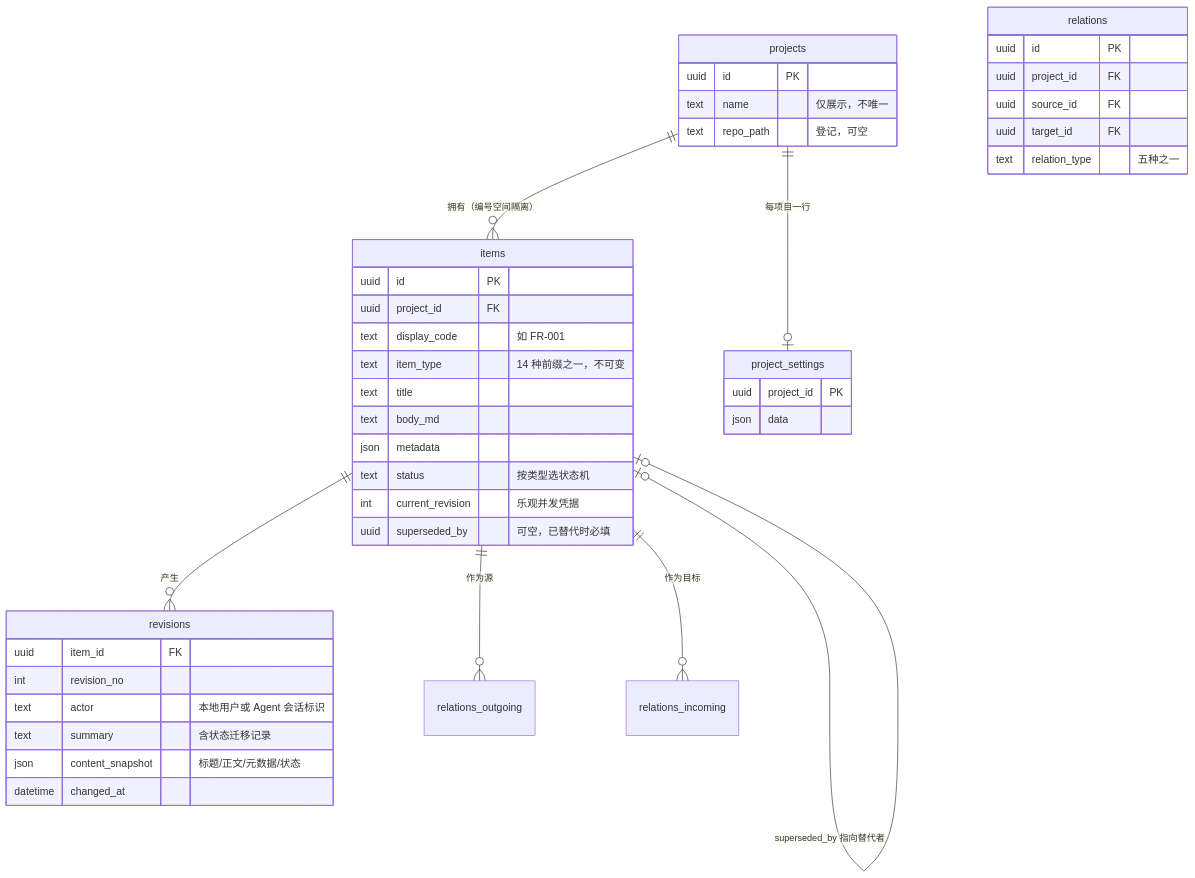
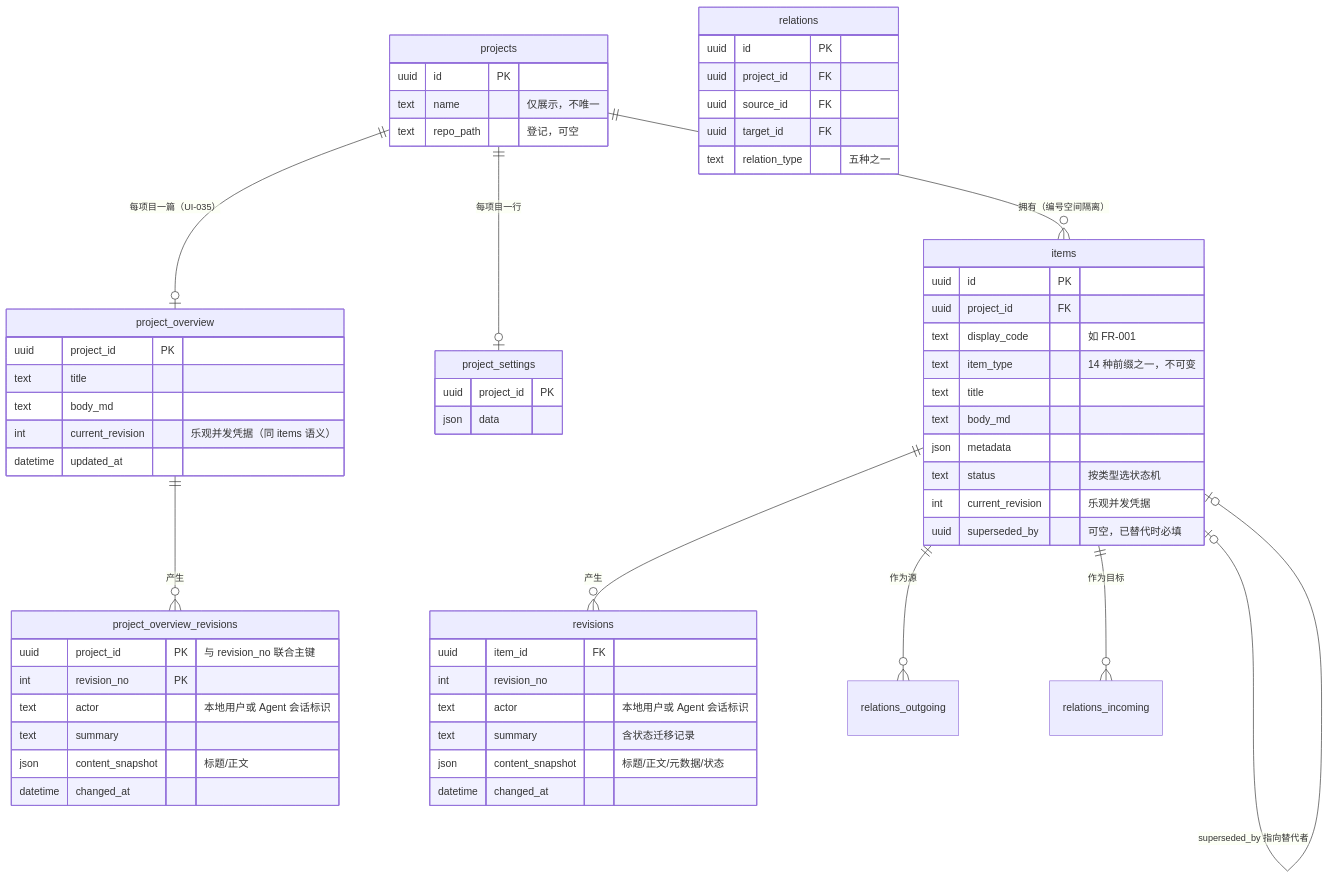
One commit to Kommisaar/relay-harbor changed the diagram in docs/design/05-detailed-design/data-model.md. Above: the diagram before and after it, drawn with Mermaid. The commit also changed other lines of this file and 47 other files, not shown here.

````diff
--- a/docs/design/05-detailed-design/data-model.md
+++ b/docs/design/05-detailed-design/data-model.md
@@ -8,46 +8,63 @@
 ```mermaid
 erDiagram
     projects ||--o{ items : "拥有（编号空间隔离）"
     projects ||--o| project_settings : "每项目一行"
+    projects ||--o| project_overview : "每项目一篇（UI-035）"
+    project_overview ||--o{ project_overview_revisions : "产生"
     items ||--o{ revisions : "产生"
     items ||--o{ relations_outgoing : "作为源"
     items ||--o{ relations_incoming : "作为目标"
     items |o--o| items : "superseded_by 指向替代者"
 
     projects {
         uuid id PK
         text name "仅展示，不唯一"
         text repo_path "登记，可空"
     }
     items {
         uuid id PK
         uuid project_id FK
         text display_code "如 FR-001"
         text item_type "14 种前缀之一，不可变"
         text title
         text body_md
         json metadata
         text status "按类型选状态机"
         int current_revision "乐观并发凭据"
         uuid superseded_by "可空，已替代时必填"
     }
     revisions {
         uuid item_id FK
         int revision_no
         text actor "本地用户或 Agent 会话标识"
         text summary "含状态迁移记录"
         json content_snapshot "标题/正文/元数据/状态"
         datetime changed_at
     }
     relations {
         uuid id PK
         uuid project_id FK
         uuid source_id FK
         uuid target_id FK
         text relation_type "五种之一"
     }
     project_settings {
         uuid project_id PK
         json data
     }
+    project_overview {
+        uuid project_id PK
+        text title
+        text body_md
+        int current_revision "乐观并发凭据（同 items 语义）"
+        datetime updated_at
+    }
+    project_overview_revisions {
+        uuid project_id PK "与 revision_no 联合主键"
+        int revision_no PK
+        text actor "本地用户或 Agent 会话标识"
+        text summary
+        json content_snapshot "标题/正文"
+        datetime changed_at
+    }
 ```
````
